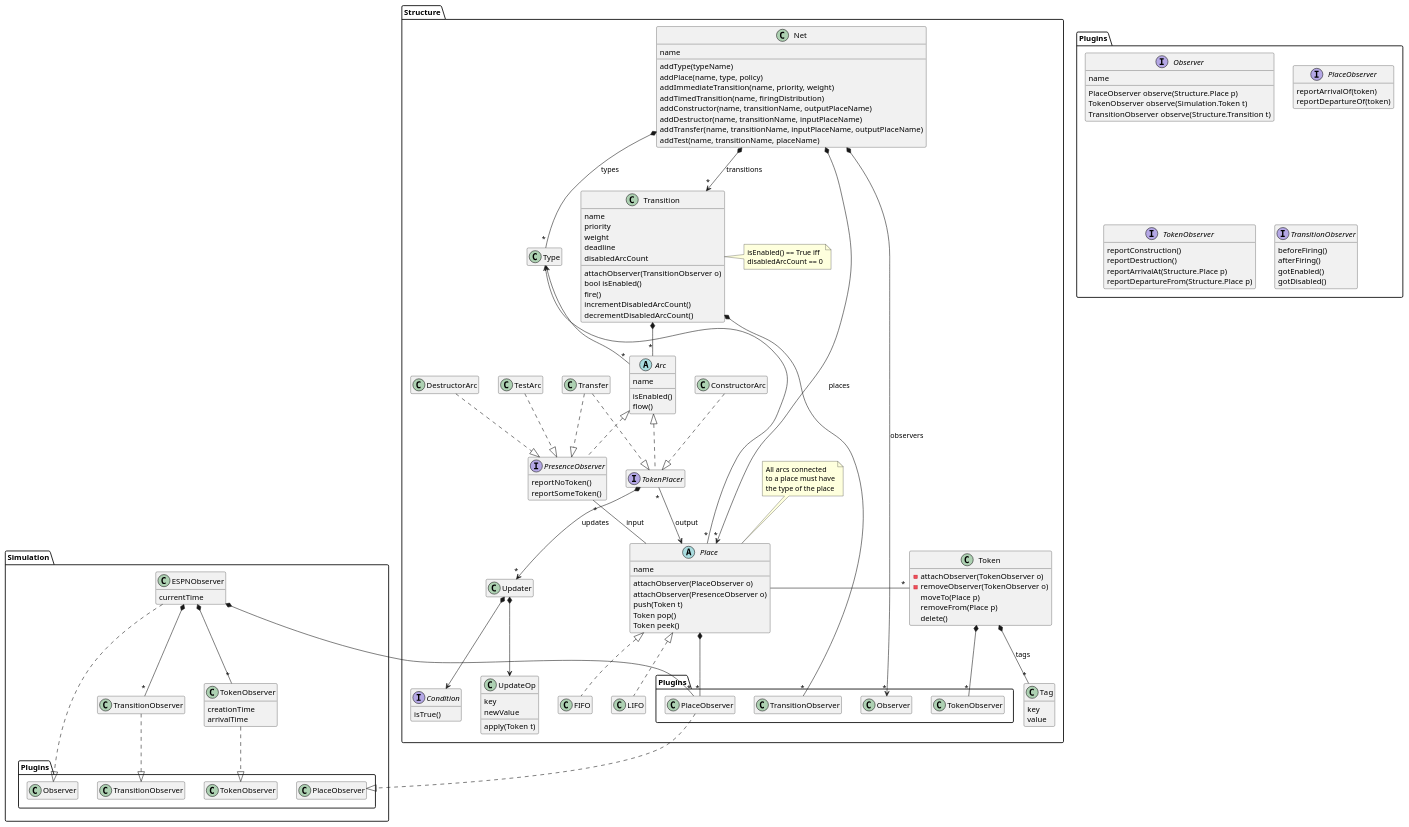
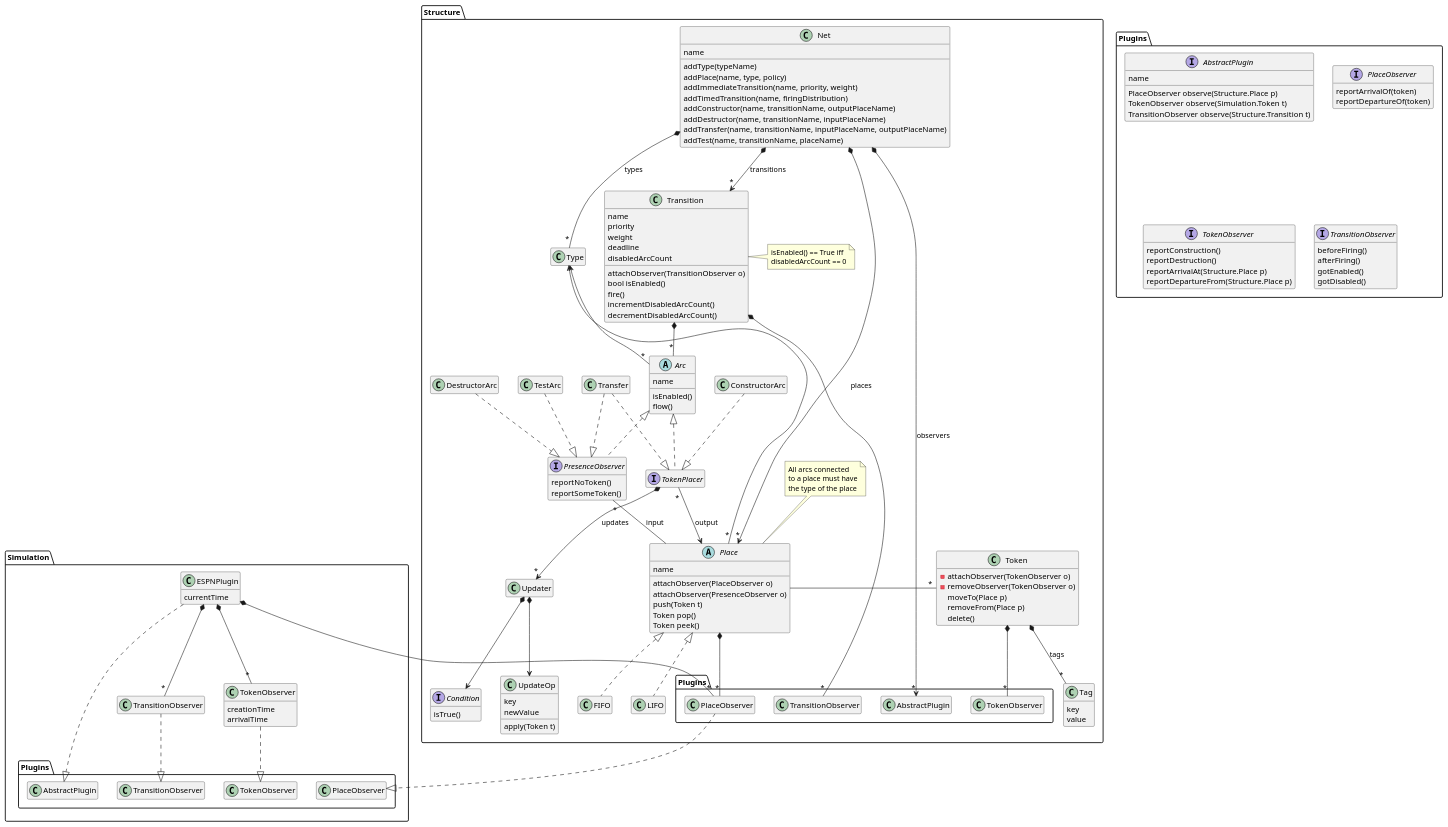
Before and after one commit to vadaszd/petsi: the diagram in petsi/petsi.puml, drawn with PlantUML. The commit also changed 5 other files, not shown here.

Commit message:
test_net_building_attaches_observers

```diff
--- a/petsi/petsi.puml
+++ b/petsi/petsi.puml
@@ -1,162 +1,162 @@
 @startuml
 hide empty members
 
 namespace Structure {
 
 class Net {
     name
     addType(typeName)
     addPlace(name, type, policy)
     addImmediateTransition(name, priority, weight)
     addTimedTransition(name, firingDistribution)
     addConstructor(name, transitionName, outputPlaceName)
     addDestructor(name, transitionName, inputPlaceName)
     addTransfer(name, transitionName, inputPlaceName, outputPlaceName)
     addTest(name, transitionName, placeName)
 }
 
 abstract class Place {
     name
     attachObserver(PlaceObserver o)
     attachObserver(PresenceObserver o)
     push(Token t)
     Token pop()
     Token peek()
 }
 
 note as placeNote
 All arcs connected
 to a place must have
 the type of the place
 end note
 placeNote .. Place
 
 class Transition{
     name
     priority
     weight
     deadline
     disabledArcCount
     attachObserver(TransitionObserver o)
     bool isEnabled()
     fire()
     incrementDisabledArcCount()
     decrementDisabledArcCount()
 }
 note right
 isEnabled() == True iff
 disabledArcCount == 0
 end note
 
 interface Condition{
     isTrue()
 }
 
 class UpdateOp {
     key
     newValue
     apply(Token t)
 }
 
 abstract class Arc {
     name
     isEnabled()
     flow()
 }
 
 class Token {
     -attachObserver(TokenObserver o)
     -removeObserver(TokenObserver o)
     moveTo(Place p)
     removeFrom(Place p)
     delete()
 }
 class Tag{
     key
     value
 }
 
 interface TokenPlacer
 
 interface PresenceObserver {
     reportNoToken()
     reportSomeToken()
 }
 
 Net *-- "*" Type: types
 Net *--> "*" Place: places
 Net *--> "*" Transition: transitions
-Net *--> "*" Plugins.Observer: observers
+Net *--> "*" Plugins.AbstractPlugin: observers
 Type <-- "*" Arc
 Type <-- "*" Place
 Place -l- "*" Token
 Token *-- "*" Plugins.TokenObserver
 Token *-- "*" Tag : tags
 Place *-- "*" Plugins.PlaceObserver
 TokenPlacer .u.|> Arc
 PresenceObserver .u.|> Arc
 Transition *-- "*" Arc
 Transition *-- "*" Plugins.TransitionObserver
 PresenceObserver "*" -- Place : input
 TestArc .d.|> PresenceObserver
 ConstructorArc .d.|> TokenPlacer
 DestructorArc .d.|> PresenceObserver
 TokenPlacer "*" --> Place : output
 Transfer  .d.|> TokenPlacer
 Transfer  .d.|> PresenceObserver
 FIFO .u.|> Place
 LIFO .u.|> Place
 TokenPlacer *--> "*" Updater : updates
 Updater *--> Condition
 Updater *--> UpdateOp
 
 
 }
 
 namespace Simulation {
-class ESPNObserver{
+class ESPNPlugin{
     currentTime
 }
 
 class TransitionObserver
 
 class TokenObserver {
     creationTime
     arrivalTime
 }
 
-ESPNObserver *-- "*" TransitionObserver
-ESPNObserver *-- "*" TokenObserver
-ESPNObserver *-- "*" PlaceObserver
-ESPNObserver ..|> Plugins.Observer
+ESPNPlugin *-- "*" TransitionObserver
+ESPNPlugin *-- "*" TokenObserver
+ESPNPlugin *-- "*" PlaceObserver
+ESPNPlugin ..|> Plugins.AbstractPlugin
 TransitionObserver ..|> Plugins.TransitionObserver
 TokenObserver ..|> Plugins.TokenObserver
 PlaceObserver ..|> Plugins.PlaceObserver
 }
 
 namespace Plugins {
-interface Observer {
+interface AbstractPlugin {
     name
     PlaceObserver observe(Structure.Place p)
     TokenObserver observe(Simulation.Token t)
     TransitionObserver observe(Structure.Transition t)
 }
 interface PlaceObserver{
     reportArrivalOf(token)
     reportDepartureOf(token)
 }
 interface TokenObserver{
     reportConstruction()
     reportDestruction()
     reportArrivalAt(Structure.Place p)
     reportDepartureFrom(Structure.Place p)
 }
 interface TransitionObserver{
     beforeFiring()
     afterFiring()
     gotEnabled()
     gotDisabled()
 }
 
 }
 @enduml
```
